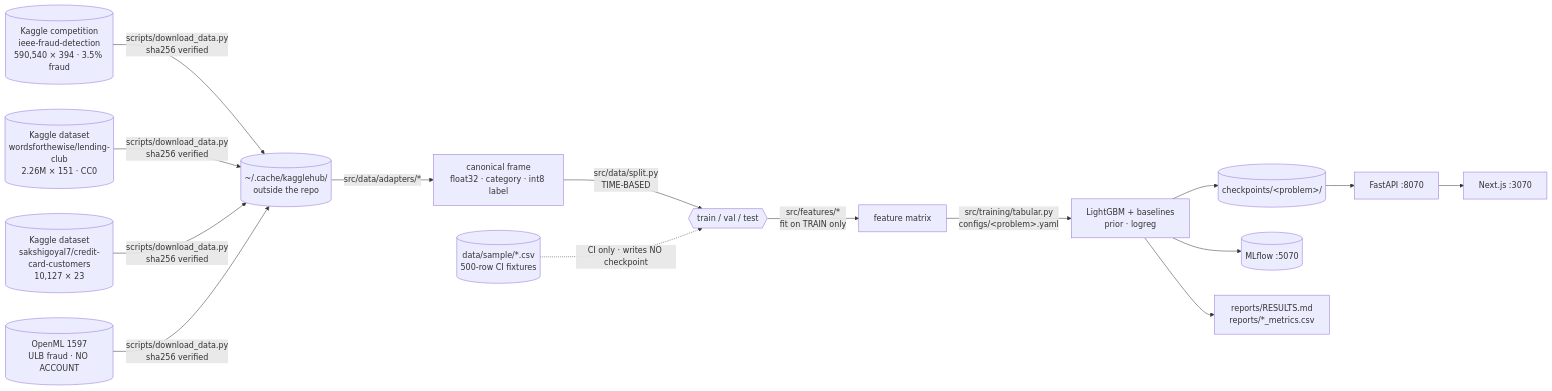
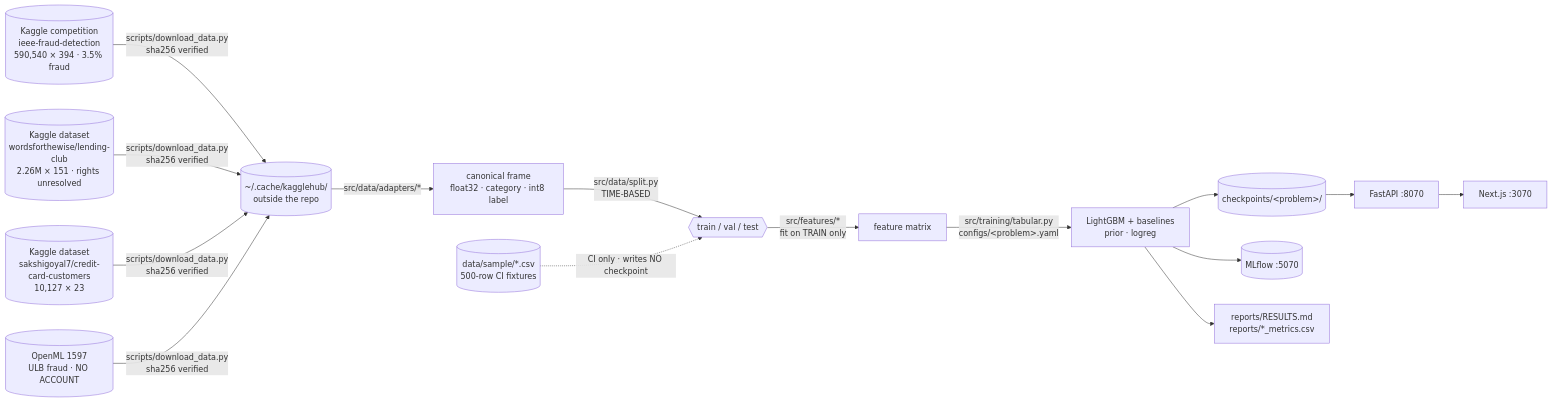
Before and after one commit to armandogon94/Portfolio-ML-System: the third of 3 diagrams in README.md, drawn with Mermaid. The commit also changed other lines of this file and 13 other files, not shown here.

````diff
--- a/README.md
+++ b/README.md
@@ -194,17 +194,17 @@
 ```mermaid
 flowchart LR
     K1[("Kaggle competition<br/>ieee-fraud-detection<br/>590,540 × 394 · 3.5% fraud")]
-    K2[("Kaggle dataset<br/>wordsforthewise/lending-club<br/>2.26M × 151 · CC0")]
+    K2[("Kaggle dataset<br/>wordsforthewise/lending-club<br/>2.26M × 151 · rights unresolved")]
     K3[("Kaggle dataset<br/>sakshigoyal7/credit-card-customers<br/>10,127 × 23")]
     OML[("OpenML 1597<br/>ULB fraud · NO ACCOUNT")]
     K1 & K2 & K3 & OML -->|"scripts/download_data.py<br/>sha256 verified"| C[("~/.cache/kagglehub/<br/>outside the repo")]
     C -->|"src/data/adapters/*"| P["canonical frame<br/>float32 · category · int8 label"]
     P -->|"src/data/split.py<br/>TIME-BASED"| T{{"train / val / test"}}
     T -->|"src/features/*<br/>fit on TRAIN only"| X["feature matrix"]
     X -->|"src/training/tabular.py<br/>configs/&lt;problem&gt;.yaml"| MDL["LightGBM + baselines<br/>prior · logreg"]
     MDL --> CK[("checkpoints/&lt;problem&gt;/")]
     MDL --> ML[("MLflow :5070")]
     MDL --> RES["reports/RESULTS.md<br/>reports/*_metrics.csv"]
     CK --> API["FastAPI :8070"] --> WEB["Next.js :3070"]
     SMP[("data/sample/*.csv<br/>500-row CI fixtures")] -.->|"CI only · writes NO checkpoint"| T
 ```
````
